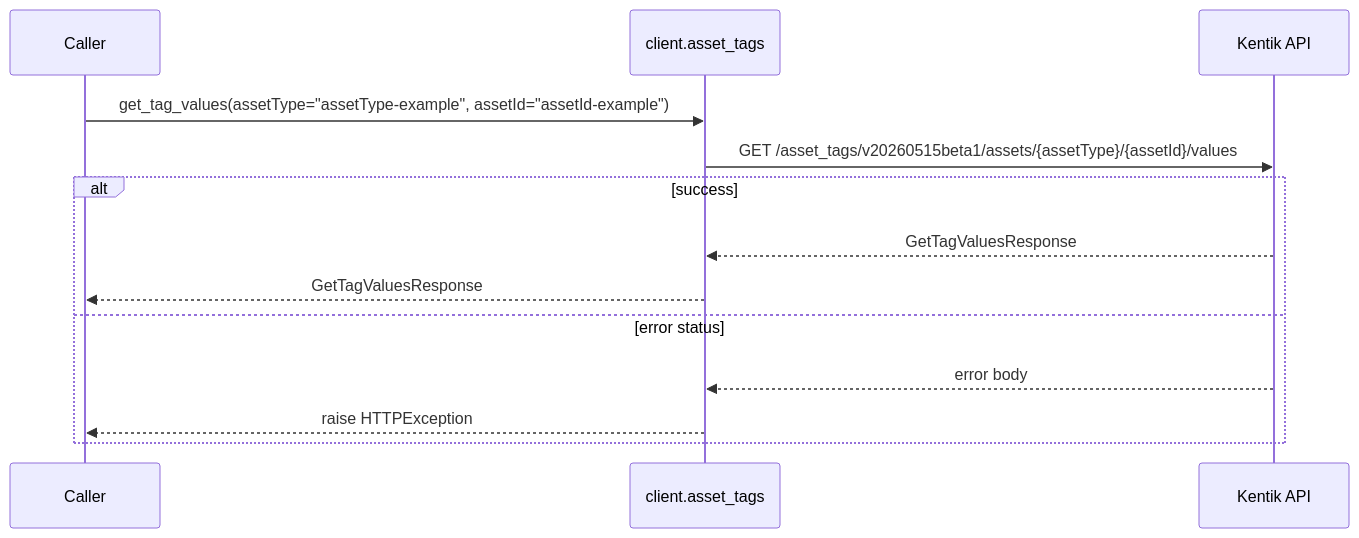
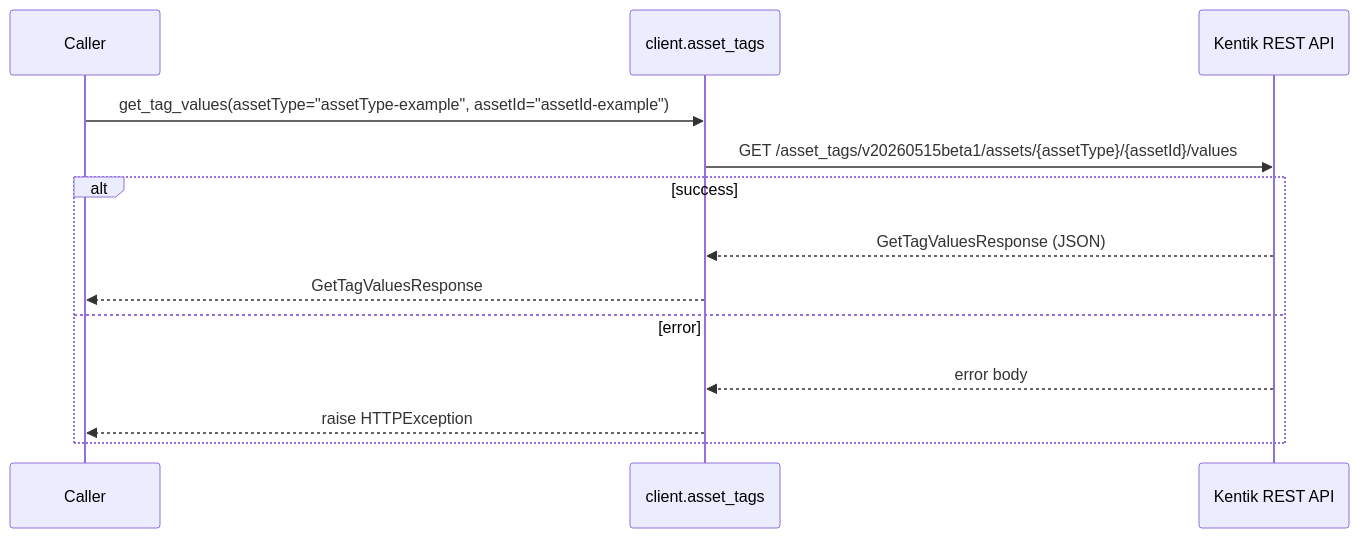
The second of 20 diagrams in docs/sphinx/services/asset_tags.md (alexdearaujo/community_sdk_python), drawn with Mermaid before and after one commit. The commit also changed other lines of this file and 61 other files, not shown here.

````diff
--- a/docs/sphinx/services/asset_tags.md
+++ b/docs/sphinx/services/asset_tags.md
@@ -33,16 +35,16 @@
 ```mermaid
 sequenceDiagram
     participant C as Caller
     participant W as client.asset_tags
-    participant API as Kentik API
+    participant API as Kentik REST API
 
     C->>W: get_tag_values(assetType="assetType-example", assetId="assetId-example")
     W->>API: GET /asset_tags/v20260515beta1/assets/{assetType}/{assetId}/values
     alt success
-        API-->>W: GetTagValuesResponse
+        API-->>W: GetTagValuesResponse (JSON)
         W-->>C: GetTagValuesResponse
-    else error status
+    else error
         API-->>W: error body
         W-->>C: raise HTTPException
     end
 ```
````
